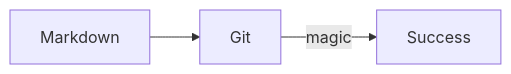
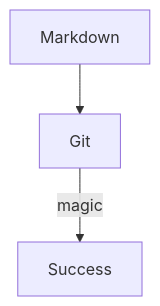
Before and after one commit to sourander/doc-skeleton: the diagram in docs/extensions.md, drawn with Mermaid. The commit also changed other lines of this file and 2 other files, not shown here.

````diff
--- a/docs/extensions.md
+++ b/docs/extensions.md
@@ -81,4 +122,4 @@
 ```mermaid
-flowchart LR
+flowchart TD
     Markdown-->Git-->|magic|Success
 ```
````
